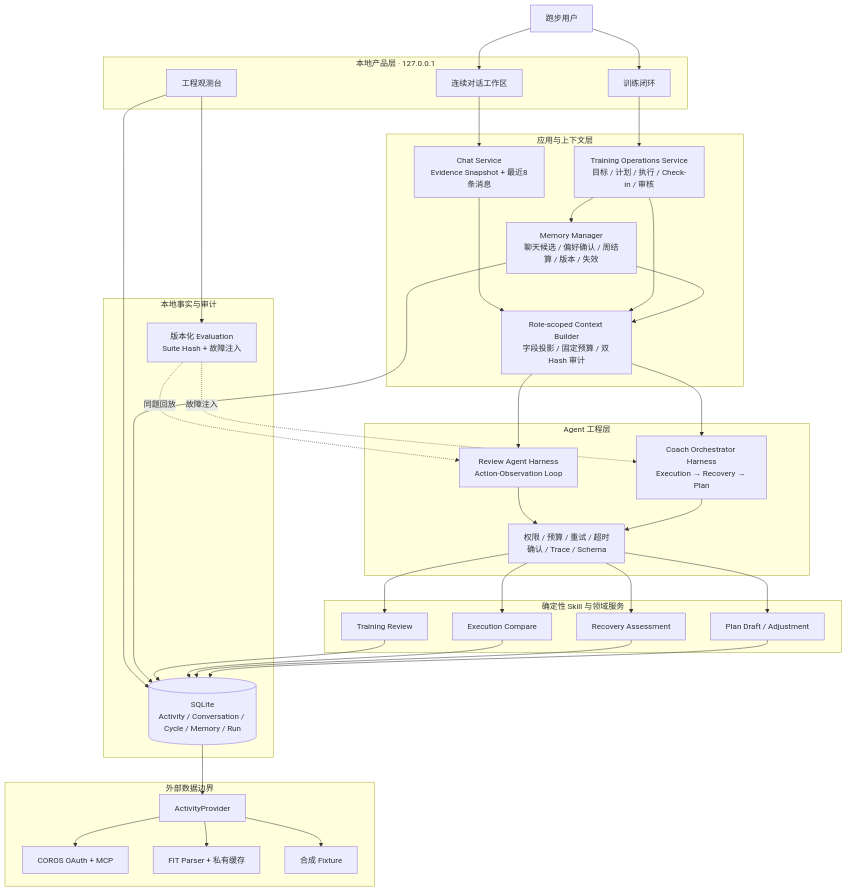
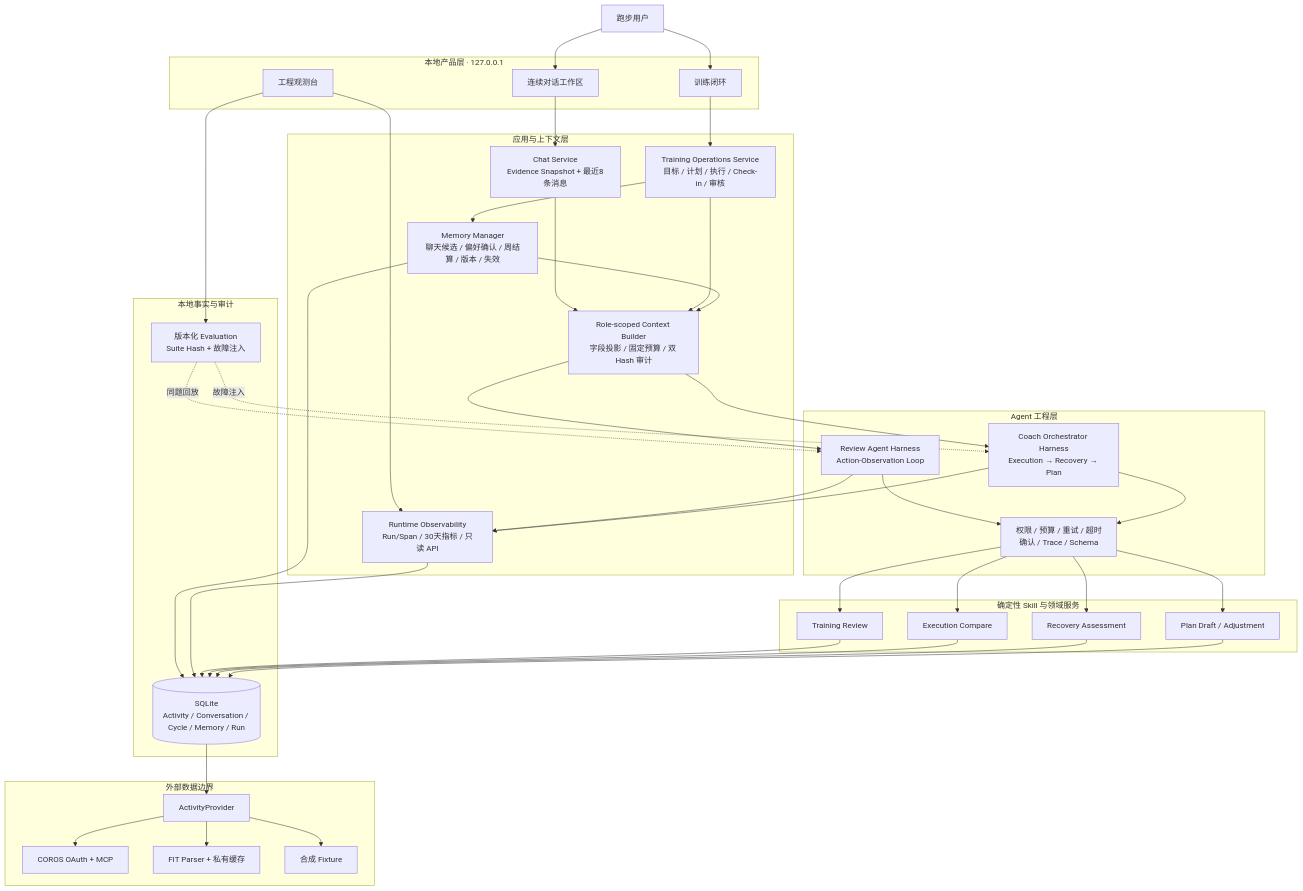
One commit to QRui6/RunCrew changed the diagram in docs/demo/system-architecture.md. Above: the diagram before and after it, drawn with Mermaid. The commit also changed other lines of this file and 43 other files, not shown here.

Commit message:
feat: complete runtime governance observability

````diff
--- a/docs/demo/system-architecture.md
+++ b/docs/demo/system-architecture.md
@@ -3,75 +3,79 @@
 ```mermaid
 flowchart TB
     U[跑步用户]
 
     subgraph Product[本地产品层 · 127.0.0.1]
         Chat[连续对话工作区]
         Ops[训练闭环]
         Eng[工程观测台]
     end
 
     subgraph Application[应用与上下文层]
         ChatService[Chat Service<br/>Evidence Snapshot + 最近8条消息]
         TrainingOps[Training Operations Service<br/>目标 / 计划 / 执行 / Check-in / 审核]
         Memory[Memory Manager<br/>聊天候选 / 偏好确认 / 周结算 / 版本 / 失效]
         Context[Role-scoped Context Builder<br/>字段投影 / 固定预算 / 双 Hash 审计]
+        Runtime[Runtime Observability<br/>Run/Span / 30天指标 / 只读 API]
     end
 
     subgraph Agent[Agent 工程层]
         ReviewHarness[Review Agent Harness<br/>Action-Observation Loop]
         CoachHarness[Coach Orchestrator Harness<br/>Execution → Recovery → Plan]
         Guard[权限 / 预算 / 重试 / 超时<br/>确认 / Trace / Schema]
     end
 
     subgraph Skills[确定性 Skill 与领域服务]
         Review[Training Review]
         Execution[Execution Compare]
         Recovery[Recovery Assessment]
         Planning[Plan Draft / Adjustment]
     end
 
     subgraph Data[本地事实与审计]
         SQLite[(SQLite<br/>Activity / Conversation / Cycle / Memory / Run)]
         Eval[版本化 Evaluation<br/>Suite Hash + 故障注入]
     end
 
     subgraph Provider[外部数据边界]
         Adapter[ActivityProvider]
         Coros[COROS OAuth + MCP]
         Fit[FIT Parser + 私有缓存]
         Fixture[合成 Fixture]
     end
 
     U --> Chat
     U --> Ops
     Chat --> ChatService
     Ops --> TrainingOps
-    Eng --> SQLite
+    Eng --> Runtime
     Eng --> Eval
 
     ChatService --> Context
     TrainingOps --> Context
     TrainingOps --> Memory
     Memory --> SQLite
     Memory --> Context
     Context --> ReviewHarness
     Context --> CoachHarness
     ReviewHarness --> Guard
     CoachHarness --> Guard
+    ReviewHarness --> Runtime
+    CoachHarness --> Runtime
+    Runtime --> SQLite
     Guard --> Review
     Guard --> Execution
     Guard --> Recovery
     Guard --> Planning
 
     Review --> SQLite
     Execution --> SQLite
     Recovery --> SQLite
     Planning --> SQLite
     Eval -.同题回放.-> ReviewHarness
     Eval -.故障注入.-> CoachHarness
 
     SQLite --> Adapter
     Adapter --> Coros
     Adapter --> Fit
     Adapter --> Fixture
 ```
````
